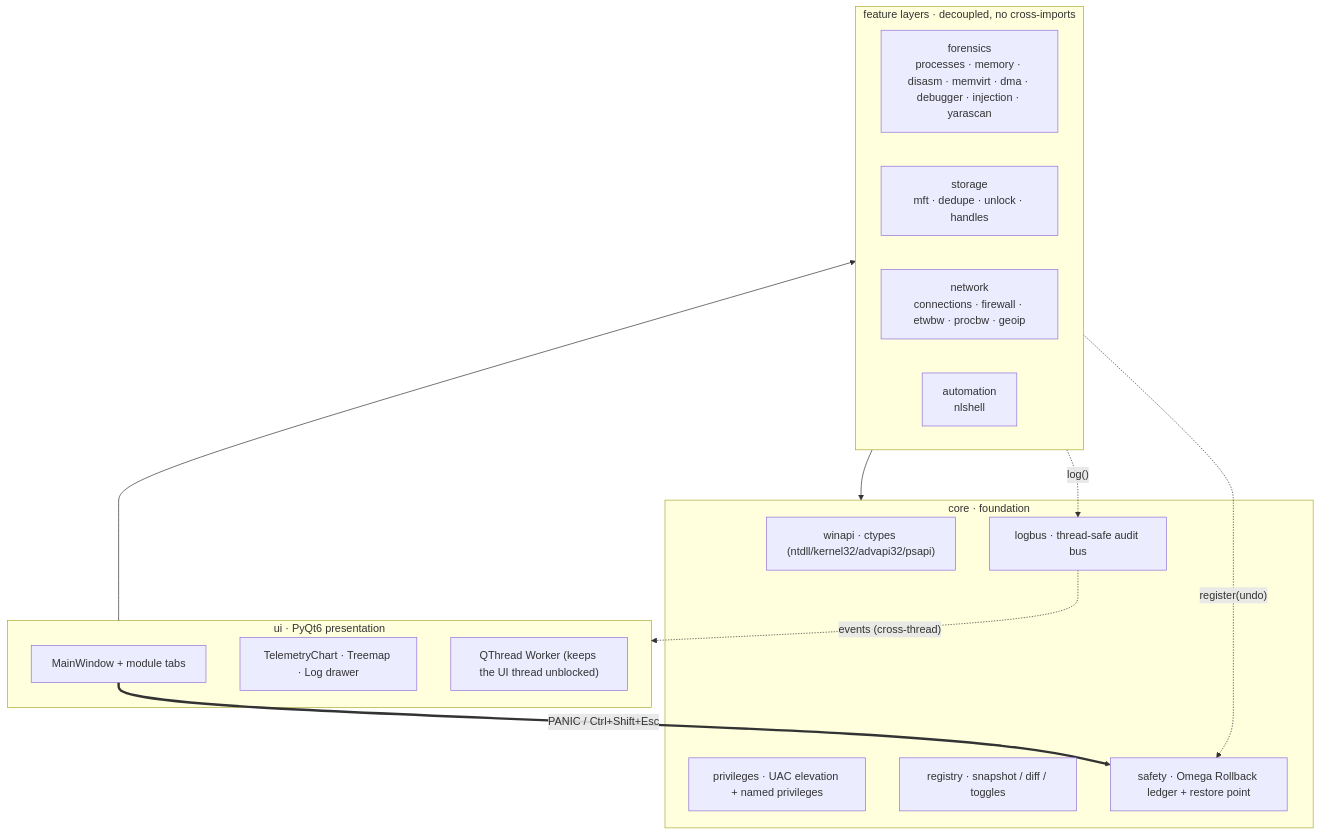
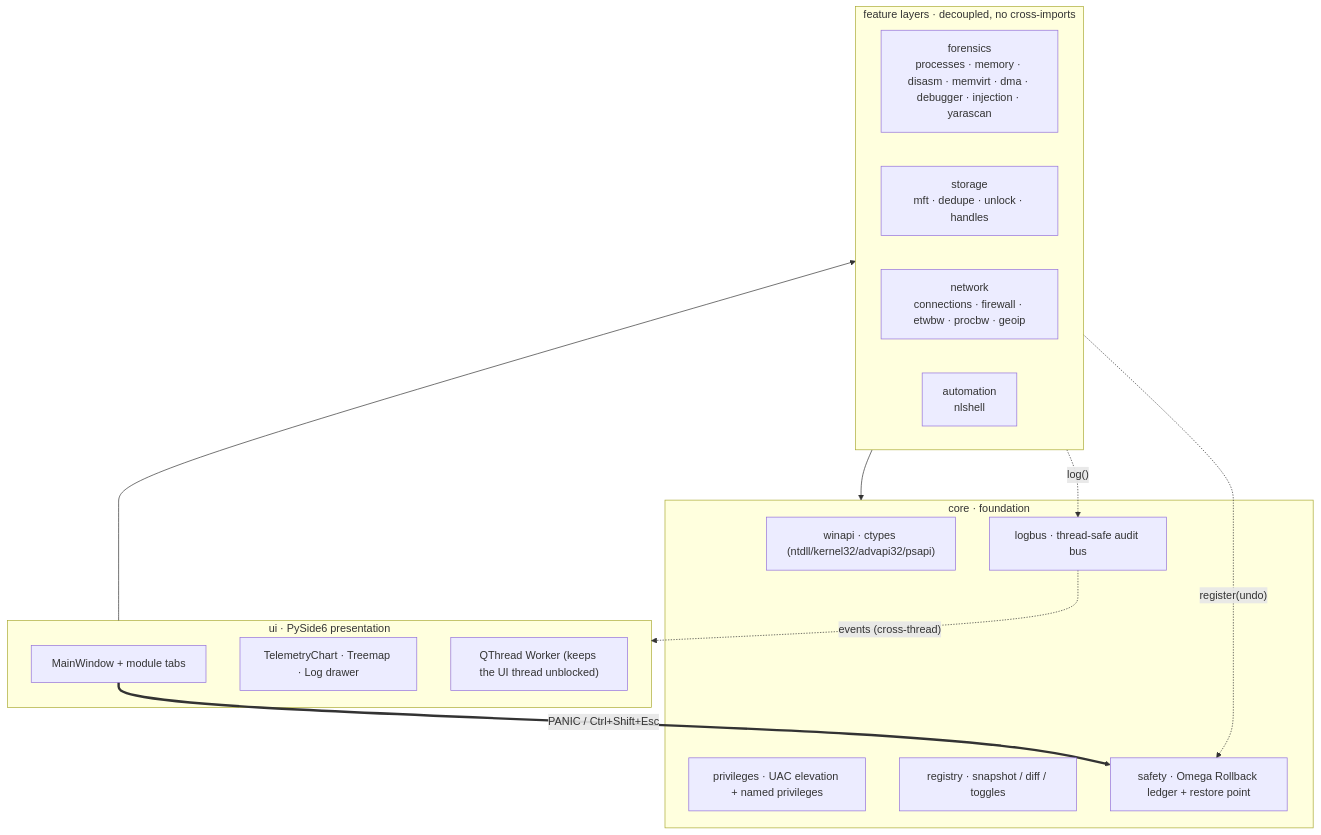
One commit to Dray973/Aetheris changed the first of 2 diagrams in docs/ARCHITECTURE.md. Above: the diagram before and after it, drawn with Mermaid. The commit also changed 37 other files, not shown here.

````diff
--- a/docs/ARCHITECTURE.md
+++ b/docs/ARCHITECTURE.md
@@ -10,29 +10,29 @@
 ```mermaid
 flowchart TB
-    subgraph UI["ui · PyQt6 presentation"]
+    subgraph UI["ui · PySide6 presentation"]
         MW["MainWindow + module tabs"]
         VIS["TelemetryChart · Treemap · Log drawer"]
         WK["QThread Worker (keeps the UI thread unblocked)"]
     end
 
     subgraph FEAT["feature layers · decoupled, no cross-imports"]
         F["forensics<br/>processes · memory · disasm · memvirt · dma · debugger · injection · yarascan"]
         S["storage<br/>mft · dedupe · unlock · handles"]
         N["network<br/>connections · firewall · etwbw · procbw · geoip"]
         A["automation<br/>nlshell"]
     end
 
     subgraph CORE["core · foundation"]
         WIN["winapi · ctypes (ntdll/kernel32/advapi32/psapi)"]
         PRIV["privileges · UAC elevation + named privileges"]
         REG["registry · snapshot / diff / toggles"]
         LB["logbus · thread-safe audit bus"]
         SF["safety · Omega Rollback ledger + restore point"]
     end
 
     UI --> FEAT --> CORE
     FEAT -. "log()" .-> LB
     LB -. "events (cross-thread)" .-> UI
     FEAT -. "register(undo)" .-> SF
     MW == "PANIC / Ctrl+Shift+Esc" ==> SF
 ```
````
